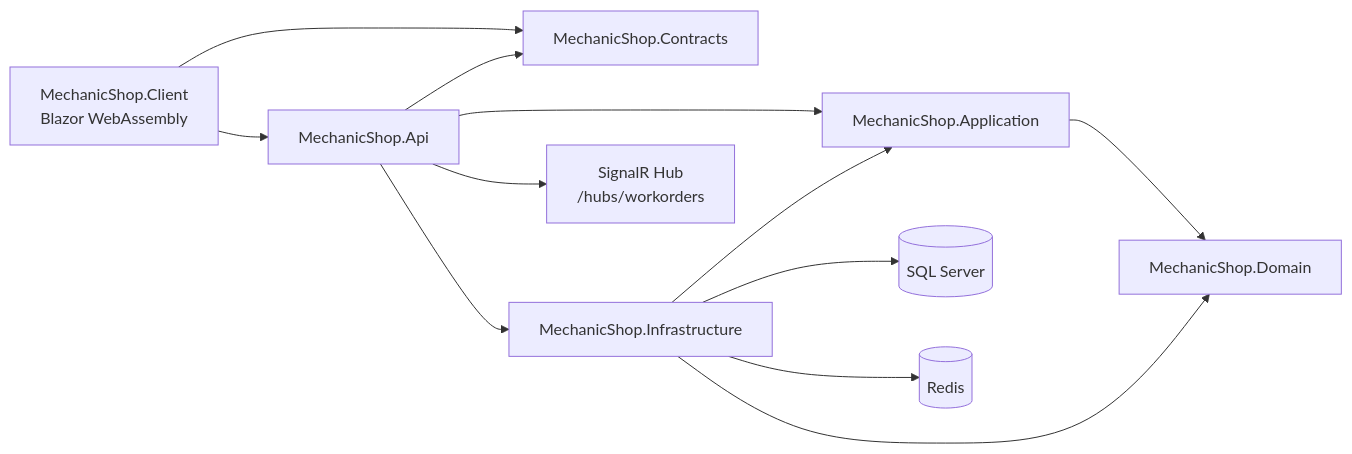
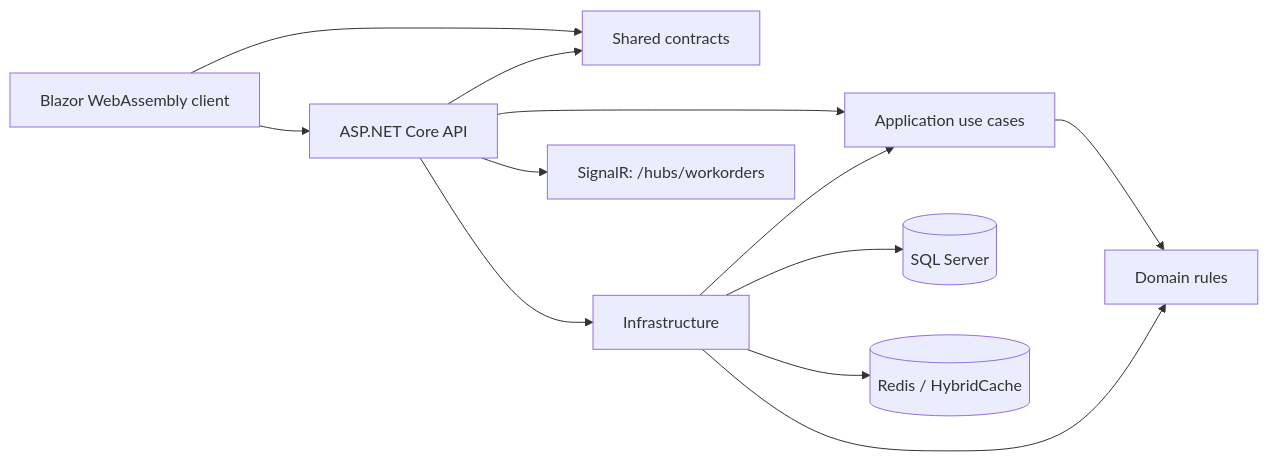
The first of 2 diagrams in README.md (ahmedadel977/MechanicShop-V2), drawn with Mermaid before and after one commit. The commit also changed other lines of this file, not shown here.

````diff
--- a/README.md
+++ b/README.md
@@ -20,14 +20,14 @@
-~~~mermaid
+```mermaid
 flowchart LR
-    Client[MechanicShop.Client<br/>Blazor WebAssembly] --> Contracts[MechanicShop.Contracts]
-    Client --> Api[MechanicShop.Api]
+    Client[Blazor WebAssembly client] --> Contracts[Shared contracts]
+    Client --> Api[ASP.NET Core API]
     Api --> Contracts
-    Api --> Application[MechanicShop.Application]
-    Api --> Infrastructure[MechanicShop.Infrastructure]
-    Application --> Domain[MechanicShop.Domain]
+    Api --> Application[Application use cases]
+    Api --> Infrastructure[Infrastructure]
+    Application --> Domain[Domain rules]
     Infrastructure --> Application
     Infrastructure --> Domain
     Infrastructure --> Sql[(SQL Server)]
-    Infrastructure --> Redis[(Redis)]
-    Api --> Hub[SignalR Hub<br/>/hubs/workorders]
-~~~
+    Infrastructure --> Redis[(Redis / HybridCache)]
+    Api --> Hub[SignalR: /hubs/workorders]
+```
````
